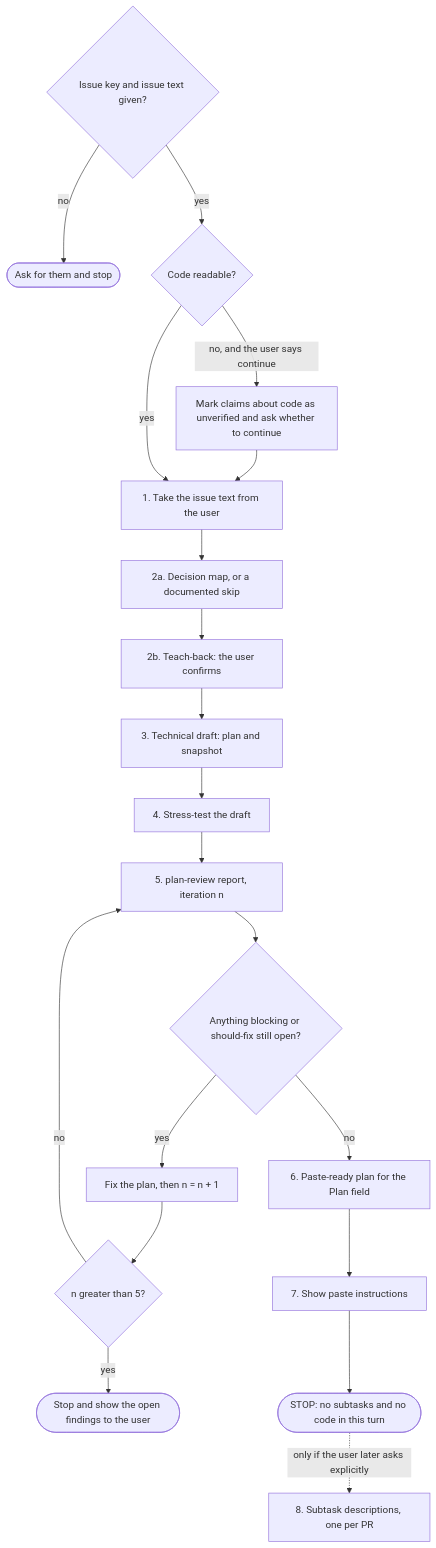
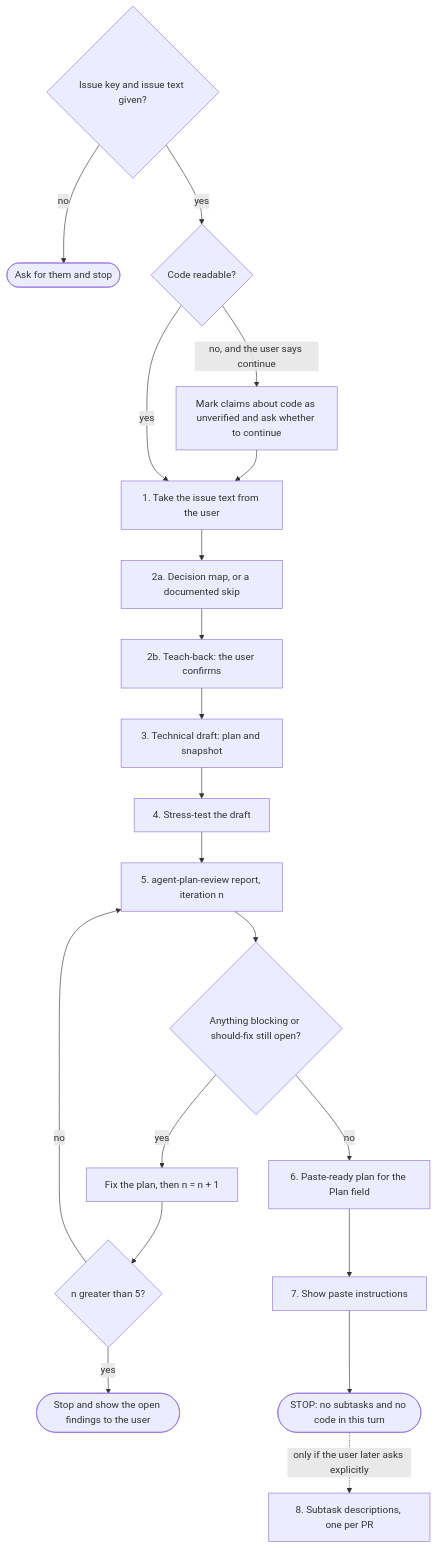
The fourth of 7 diagrams in docs/skill-diagrams.md (GauteR/gauter-skills), drawn with Mermaid before and after one commit. The commit also changed other lines of this file and 16 other files, not shown here.

First line of the commit message:
Add WoW Forever addon skills and rename plan-review to agent-plan-review (#1)

````diff
--- a/docs/skill-diagrams.md
+++ b/docs/skill-diagrams.md
@@ -116,32 +116,32 @@
 ```mermaid
 flowchart TD
   gate{"Issue key and issue text given?"}
   stop1(["Ask for them and stop"])
   code{"Code readable?"}
   unverified["Mark claims about code as unverified and ask whether to continue"]
   s1["1. Take the issue text from the user"]
   s2a["2a. Decision map, or a documented skip"]
   s2b["2b. Teach-back: the user confirms"]
   s3["3. Technical draft: plan and snapshot"]
   s4["4. Stress-test the draft"]
-  s5["5. plan-review report, iteration n"]
+  s5["5. agent-plan-review report, iteration n"]
   open{"Anything blocking or should-fix still open?"}
   fix["Fix the plan, then n = n + 1"]
   limit{"n greater than 5?"}
   ask(["Stop and show the open findings to the user"])
   s6["6. Paste-ready plan for the Plan field"]
   s7["7. Show paste instructions"]
   stop7(["STOP: no subtasks and no code in this turn"])
   s8["8. Subtask descriptions, one per PR"]
 
   gate -->|"no"| stop1
   gate -->|"yes"| code
   code -->|"no, and the user says continue"| unverified --> s1
   code -->|"yes"| s1
   s1 --> s2a --> s2b --> s3 --> s4 --> s5 --> open
   open -->|"yes"| fix --> limit
   limit -->|"yes"| ask
   limit -->|"no"| s5
   open -->|"no"| s6 --> s7 --> stop7
   stop7 -.->|"only if the user later asks explicitly"| s8
 ```
````
